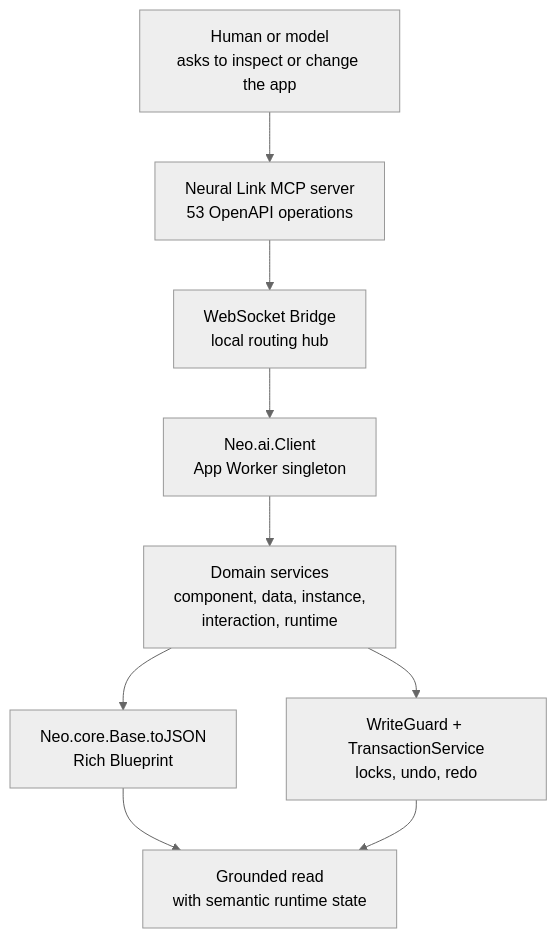
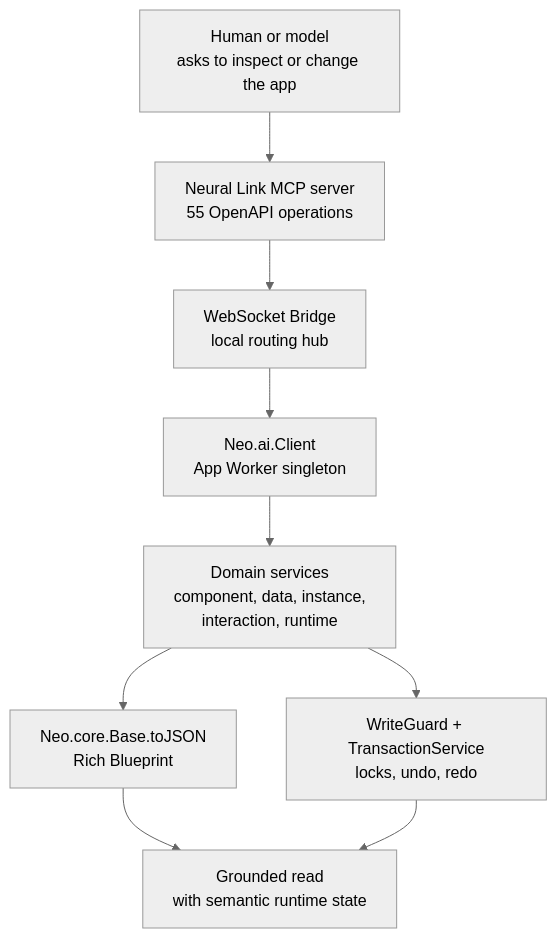
The first of 3 diagrams in learn/agentos/NeuralLink.md (neomjs/neo), drawn with Mermaid (neutral theme) before and after one commit. The commit also changed other lines of this file, not shown here.

Commit message:
docs(neural-link): update guide tool count (#14829)

````diff
--- a/learn/agentos/NeuralLink.md
+++ b/learn/agentos/NeuralLink.md
@@ -71,11 +71,11 @@
 ```mermaid
 flowchart TD
-    Reader["Human or model<br/>asks to inspect or change the app"] --> Server["Neural Link MCP server<br/>53 OpenAPI operations"]
+    Reader["Human or model<br/>asks to inspect or change the app"] --> Server["Neural Link MCP server<br/>55 OpenAPI operations"]
     Server --> Bridge["WebSocket Bridge<br/>local routing hub"]
     Bridge --> Client["Neo.ai.Client<br/>App Worker singleton"]
     Client --> Services["Domain services<br/>component, data, instance,<br/>interaction, runtime"]
     Services --> Blueprint["Neo.core.Base.toJSON<br/>Rich Blueprint"]
     Services --> Guardrails["WriteGuard + TransactionService<br/>locks, undo, redo"]
     Blueprint --> Result["Grounded read<br/>with semantic runtime state"]
     Guardrails --> Result
 ```
````
